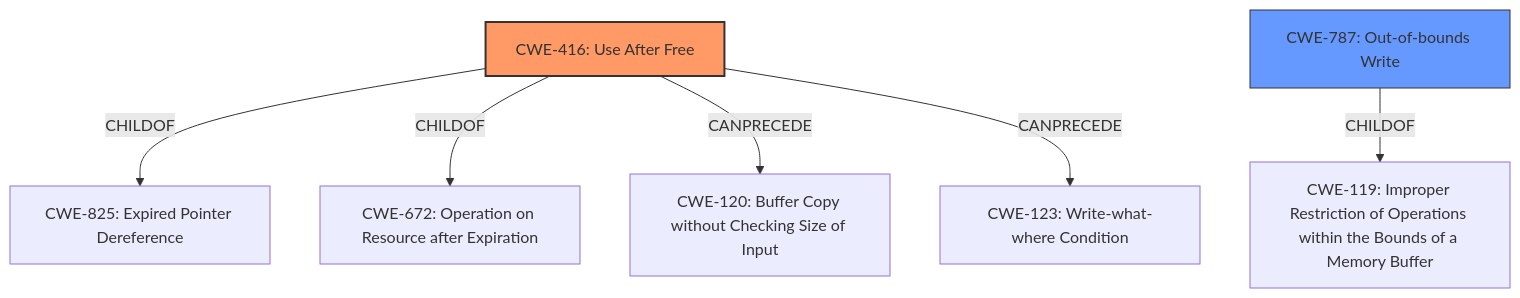
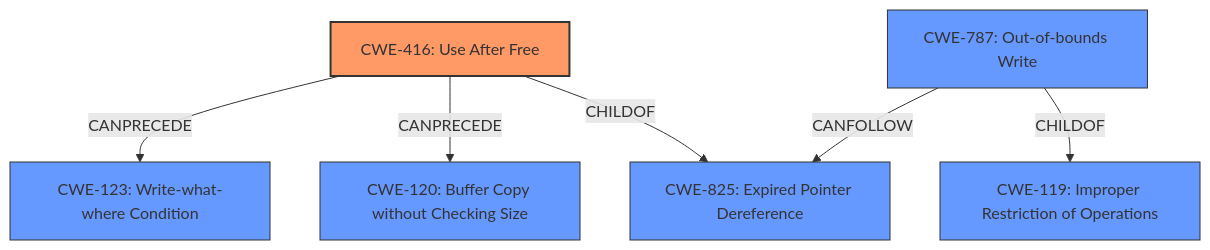
One commit to CyberSecAI/cwe_agent_assign_reports_2023 changed the diagram in CVE-2021-28663/CVE-2021-28663_analysis.md. Above: the diagram before and after it, drawn with Mermaid. The commit also changed other lines of this file and 902 other files, not shown here.

````diff
--- a/CVE-2021-28663/CVE-2021-28663_analysis.md
+++ b/CVE-2021-28663/CVE-2021-28663_analysis.md
@@ -19,21 +17,21 @@
 ```mermaid
 graph TD
     cwe416["CWE-416: Use After Free"]
     cwe787["CWE-787: Out-of-bounds Write"]
+    cwe119["CWE-119: Improper Restriction of Operations"]
+    cwe120["CWE-120: Buffer Copy without Checking Size"]
+    cwe123["CWE-123: Write-what-where Condition"]
     cwe825["CWE-825: Expired Pointer Dereference"]
-    cwe672["CWE-672: Operation on Resource after Expiration"]
-    cwe120["CWE-120: Buffer Copy without Checking Size of Input"]
-    cwe123["CWE-123: Write-what-where Condition"]
-    cwe119["CWE-119: Improper Restriction of Operations within the Bounds of a Memory Buffer"]
 
     cwe416 -->|CHILDOF| cwe825
-    cwe416 -->|CHILDOF| cwe672
     cwe416 -->|CANPRECEDE| cwe120
     cwe416 -->|CANPRECEDE| cwe123
     cwe787 -->|CHILDOF| cwe119
+    cwe787 -->|CANFOLLOW| cwe825
 
     classDef primary fill:#f96,stroke:#333,stroke-width:2px
     classDef secondary fill:#69f,stroke:#333
+    classDef tertiary fill:#9e9,stroke:#333
     class cwe416 primary
-    class cwe787 secondary
+    class cwe787,cwe119,cwe120,cwe123,cwe825 secondary
 ```
````
